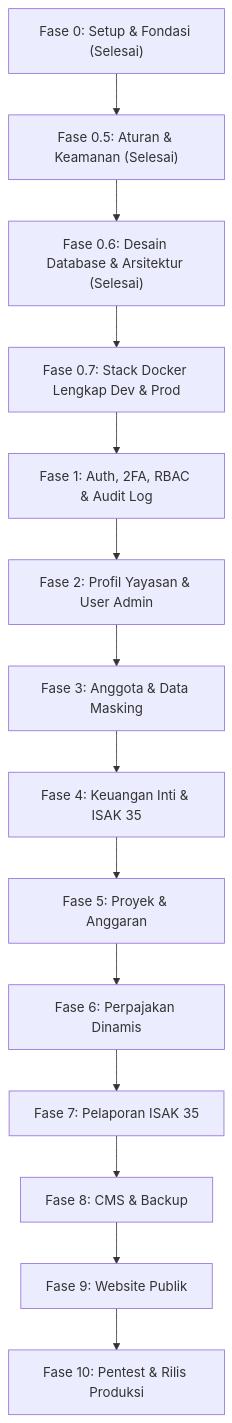
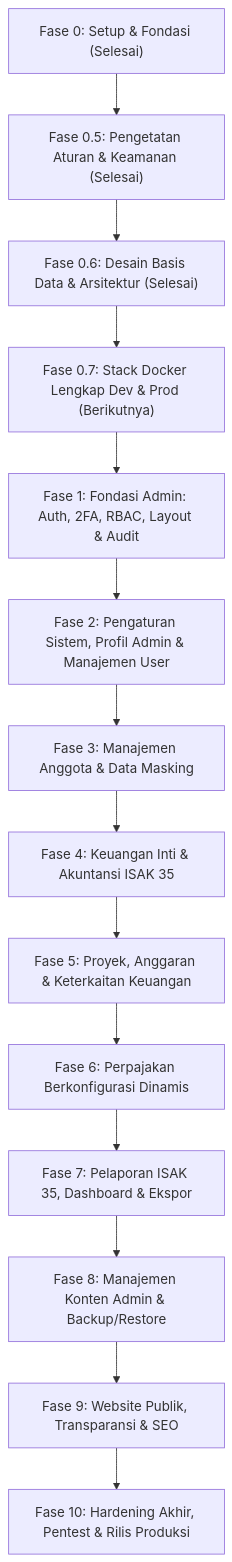
The diagram in docs/MASTER-PLAN.md (SunnFlower47/yayasan-nurjaman), drawn with Mermaid before and after one commit. The commit also changed other lines of this file and 10 other files, not shown here.

````diff
--- a/docs/MASTER-PLAN.md
+++ b/docs/MASTER-PLAN.md
@@ -33,16 +41,16 @@
 ```mermaid
 flowchart TD
-    F0["Fase 0: Setup & Fondasi (Selesai)"] --> F05["Fase 0.5: Aturan & Keamanan (Selesai)"]
-    F05 --> F06["Fase 0.6: Desain Database & Arsitektur (Selesai)"]
-    F06 --> F07["Fase 0.7: Stack Docker Lengkap Dev & Prod"]
-    F07 --> F1["Fase 1: Auth, 2FA, RBAC & Audit Log"]
-    F1 --> F2["Fase 2: Profil Yayasan & User Admin"]
-    F2 --> F3["Fase 3: Anggota & Data Masking"]
-    F3 --> F4["Fase 4: Keuangan Inti & ISAK 35"]
-    F4 --> F5["Fase 5: Proyek & Anggaran"]
-    F5 --> F6["Fase 6: Perpajakan Dinamis"]
-    F6 --> F7["Fase 7: Pelaporan ISAK 35"]
-    F7 --> F8["Fase 8: CMS & Backup"]
-    F8 --> F9["Fase 9: Website Publik"]
-    F9 --> F10["Fase 10: Pentest & Rilis Produksi"]
+    F0["Fase 0: Setup & Fondasi (Selesai)"] --> F05["Fase 0.5: Pengetatan Aturan & Keamanan (Selesai)"]
+    F05 --> F06["Fase 0.6: Desain Basis Data & Arsitektur (Selesai)"]
+    F06 --> F07["Fase 0.7: Stack Docker Lengkap Dev & Prod (Berikutnya)"]
+    F07 --> F1["Fase 1: Fondasi Admin: Auth, 2FA, RBAC, Layout & Audit"]
+    F1 --> F2["Fase 2: Pengaturan Sistem, Profil Admin & Manajemen User"]
+    F2 --> F3["Fase 3: Manajemen Anggota & Data Masking"]
+    F3 --> F4["Fase 4: Keuangan Inti & Akuntansi ISAK 35"]
+    F4 --> F5["Fase 5: Proyek, Anggaran & Keterkaitan Keuangan"]
+    F5 --> F6["Fase 6: Perpajakan Berkonfigurasi Dinamis"]
+    F6 --> F7["Fase 7: Pelaporan ISAK 35, Dashboard & Ekspor"]
+    F7 --> F8["Fase 8: Manajemen Konten Admin & Backup/Restore"]
+    F8 --> F9["Fase 9: Website Publik, Transparansi & SEO"]
+    F9 --> F10["Fase 10: Hardening Akhir, Pentest & Rilis Produksi"]
 ```
````
